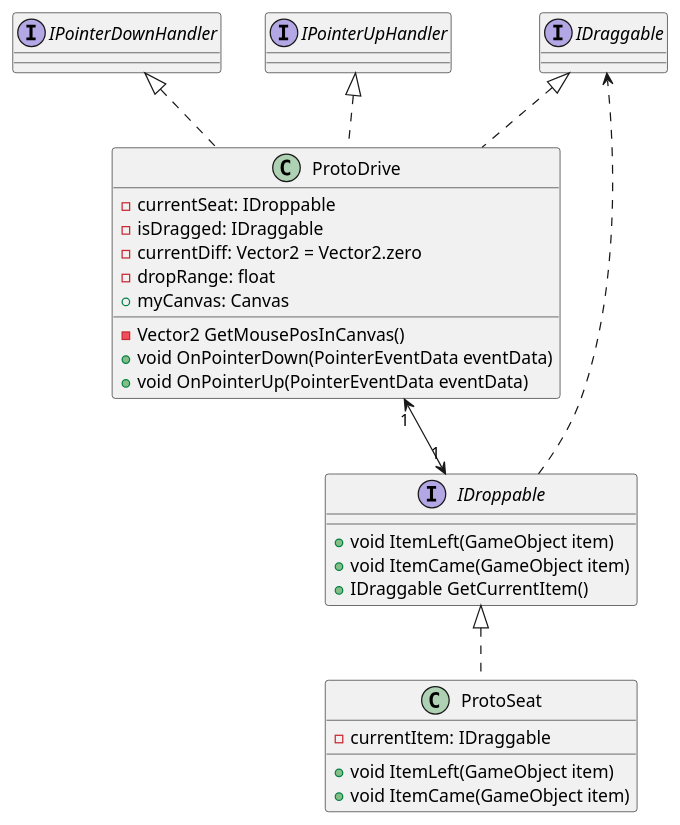
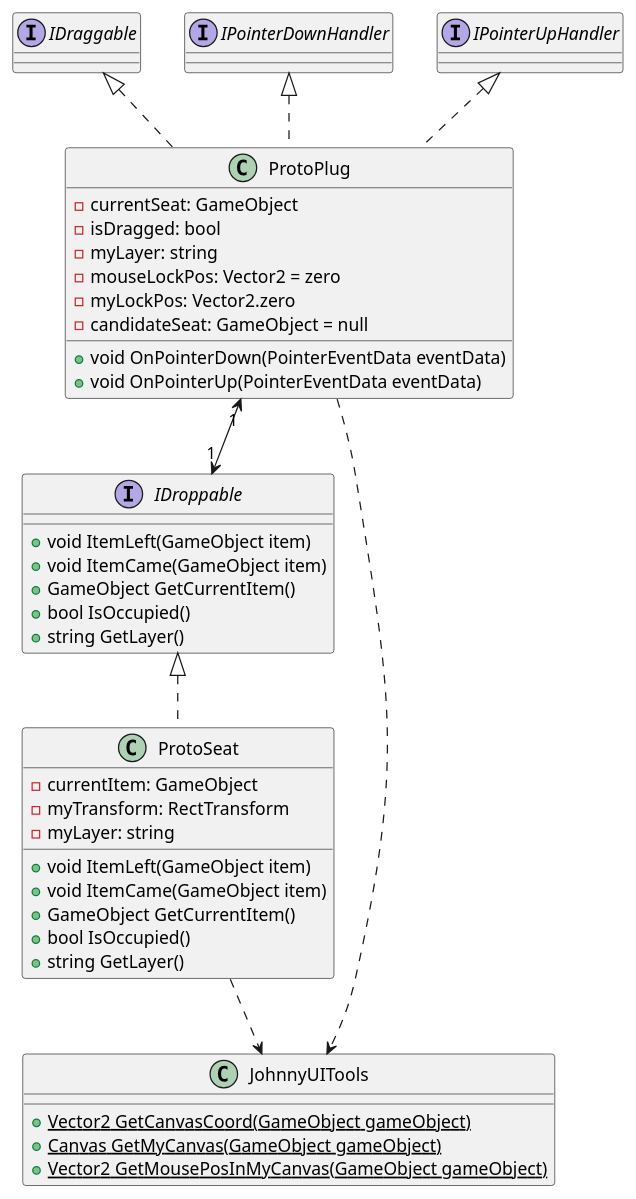
One commit to cs130-w21/13 changed the diagram in docs/class_daigrams/Drag_and_UI.plantuml. Above: the diagram before and after it, drawn with PlantUML. The commit also changed 2 other files, not shown here.

Commit message:
finished UML diagram
made a rough UML diagram of my implementation

```diff
--- a/docs/class_daigrams/Drag_and_UI.plantuml
+++ b/docs/class_daigrams/Drag_and_UI.plantuml
@@ -1,80 +1,99 @@
 @startuml Drag_and_Drop_UI
 
 interface IDraggable {
 
 }
 
+
 interface IDroppable {
     + void ItemLeft(GameObject item)
     + void ItemCame(GameObject item)
-    + IDraggable GetCurrentItem()
+    + GameObject GetCurrentItem()
+    + bool IsOccupied()
+    + string GetLayer()
 }
-IDroppable ..> IDraggable
 
-class ProtoDrive implements IDraggable, IPointerDownHandler, IPointerUpHandler {
-    - currentSeat: IDroppable
-    - isDragged: IDraggable
-    - currentDiff: Vector2 = Vector2.zero
-    - dropRange: float
-    ' + myComtainer: IContainer
-    + myCanvas: Canvas
 
-    - Vector2 GetMousePosInCanvas()
+class ProtoPlug implements IDraggable, IPointerDownHandler, IPointerUpHandler {
+    - currentSeat: GameObject
+    - isDragged: bool
+    - myLayer: string
+    - mouseLockPos: Vector2 = zero
+    - myLockPos: Vector2.zero
+    - candidateSeat: GameObject = null
+
     + void OnPointerDown(PointerEventData eventData)
     + void OnPointerUp(PointerEventData eventData)
 }
-ProtoDrive "1" <--> "1" IDroppable 
-' ProtoDrive --> "1" IContainer
+ProtoPlug "1" <--> "1" IDroppable
+
 
 class ProtoSeat implements IDroppable {
-    - currentItem: IDraggable
+    - currentItem: GameObject
+    - myTransform: RectTransform
+    - myLayer: string
     + void ItemLeft(GameObject item)
     + void ItemCame(GameObject item)
+    + GameObject GetCurrentItem()
+    + bool IsOccupied()
+    + string GetLayer()
 }
 
-' interface IContainer {
-'     + bool IsCanvas()
-'     + Vector2 GetMousePosInMe()
-' }
+
+class JohnnyUITools {
+    + {static} Vector2 GetCanvasCoord(GameObject gameObject)
+    + {static} Canvas GetMyCanvas(GameObject gameObject)
+    + {static} Vector2 GetMousePosInMyCanvas(GameObject gameObject)
+}
+ProtoPlug ..> JohnnyUITools
+ProtoSeat ..> JohnnyUITools
+
 
 ' class Employee implements CaffeineAddict {
-'     + drinkCoffee(): void
-'     + discussImportantStuff(): void
+    '     + drinkCoffee(): void
+    '     + discussImportantStuff(): void
+    '
 ' }
 
 ' Employee *--"1" Salary
 
 ' class Salary {
-'     + salary: int
+    '     + salary: int
+    '
 ' }
 
 ' enum SeniorityLevel {
-'     L1
-'     L2
-'     L3
+    '     L1
+    '     L2
+    '     L3
+    '
 ' }
 
 ' class JuniorEmployee extends Employee {
-'     + seniorityLevel: SeniorityLevel = L2
+    '     + seniorityLevel: SeniorityLevel = L2
+    '
 ' }
 
 ' class SeniorEmployee extends Employee {
-'     + seniorityLevel: SeniorityLevel = L3
+    '     + seniorityLevel: SeniorityLevel = L3
+    '
 ' }
 
 ' class Company {
-'     + hustle(): void 
-'     + getEmptyMeetingRoom(): MeetingRoom
+    '     + hustle(): void
+    '     + getEmptyMeetingRoom(): MeetingRoom
+    '
 ' }
 ' Company *-- "*" MeetingRoom
 ' Company o-- "*" Employee
 
 ' class MeetingRoom {
-'     - isOccupied: boolean = false
-'     + getOccupied(): boolean 
-'     + setOccupied(val: boolean): void 
-'     + useMeetingRoom(employee: Employee): void 
+    '     - isOccupied: boolean = false
+    '     + getOccupied(): boolean
+    '     + setOccupied(val: boolean): void
+    '     + useMeetingRoom(employee: Employee): void
+    '
 ' }
 ' MeetingRoom ..> Employee
 
 @enduml
```
